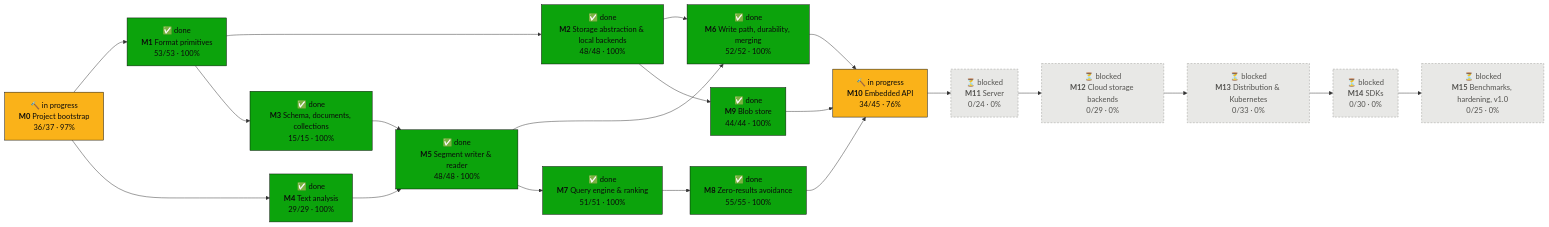
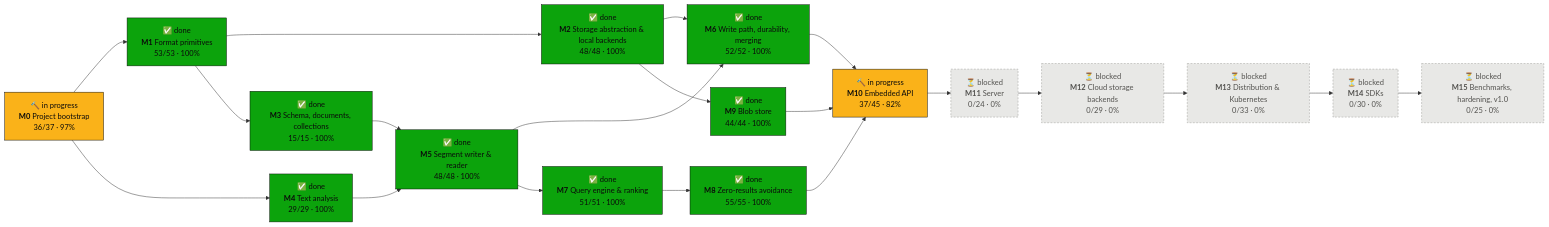
One commit to tomiok/persiaDB changed the first of 2 diagrams in PROGRESS.md. Above: the diagram before and after it, drawn with Mermaid. The commit also changed other lines of this file and 27 other files, not shown here.

First line of the commit message:
Response surface: hidden engine detail, typed hit getters, one document JSON writer (ROADMAP 10.1.29, 10.1.30, 10.1.31) (#136)

````diff
--- a/PROGRESS.md
+++ b/PROGRESS.md
@@ -16,42 +16,42 @@
 ```mermaid
 flowchart LR
   M0["🔨 in progress<br/><b>M0</b> Project bootstrap<br/>36/37 · 97%"]:::doing
   M1["✅ done<br/><b>M1</b> Format primitives<br/>53/53 · 100%"]:::done
   M2["✅ done<br/><b>M2</b> Storage abstraction & local backends<br/>48/48 · 100%"]:::done
   M3["✅ done<br/><b>M3</b> Schema, documents, collections<br/>15/15 · 100%"]:::done
   M4["✅ done<br/><b>M4</b> Text analysis<br/>29/29 · 100%"]:::done
   M5["✅ done<br/><b>M5</b> Segment writer & reader<br/>48/48 · 100%"]:::done
   M6["✅ done<br/><b>M6</b> Write path, durability, merging<br/>52/52 · 100%"]:::done
   M7["✅ done<br/><b>M7</b> Query engine & ranking<br/>51/51 · 100%"]:::done
   M8["✅ done<br/><b>M8</b> Zero-results avoidance<br/>55/55 · 100%"]:::done
   M9["✅ done<br/><b>M9</b> Blob store<br/>44/44 · 100%"]:::done
-  M10["🔨 in progress<br/><b>M10</b> Embedded API<br/>34/45 · 76%"]:::doing
+  M10["🔨 in progress<br/><b>M10</b> Embedded API<br/>37/45 · 82%"]:::doing
   M11["⏳ blocked<br/><b>M11</b> Server<br/>0/24 · 0%"]:::blocked
   M12["⏳ blocked<br/><b>M12</b> Cloud storage backends<br/>0/29 · 0%"]:::blocked
   M13["⏳ blocked<br/><b>M13</b> Distribution & Kubernetes<br/>0/33 · 0%"]:::blocked
   M14["⏳ blocked<br/><b>M14</b> SDKs<br/>0/30 · 0%"]:::blocked
   M15["⏳ blocked<br/><b>M15</b> Benchmarks, hardening, v1.0<br/>0/25 · 0%"]:::blocked
   M0 --> M1
   M1 --> M2
   M1 --> M3
   M0 --> M4
   M3 --> M5
   M4 --> M5
   M2 --> M6
   M5 --> M6
   M5 --> M7
   M7 --> M8
   M2 --> M9
   M6 --> M10
   M8 --> M10
   M9 --> M10
   M10 --> M11
   M11 --> M12
   M12 --> M13
   M13 --> M14
   M14 --> M15
   classDef done fill:#0ca30c,stroke:#0b0b0b,color:#0b0b0b
   classDef doing fill:#fab219,stroke:#0b0b0b,color:#0b0b0b
   classDef ready fill:#fcfcfb,stroke:#0b0b0b,stroke-width:2px,color:#0b0b0b
   classDef blocked fill:#e8e8e6,stroke:#9a9a96,stroke-dasharray:4 3,color:#52514e
 ```
````
